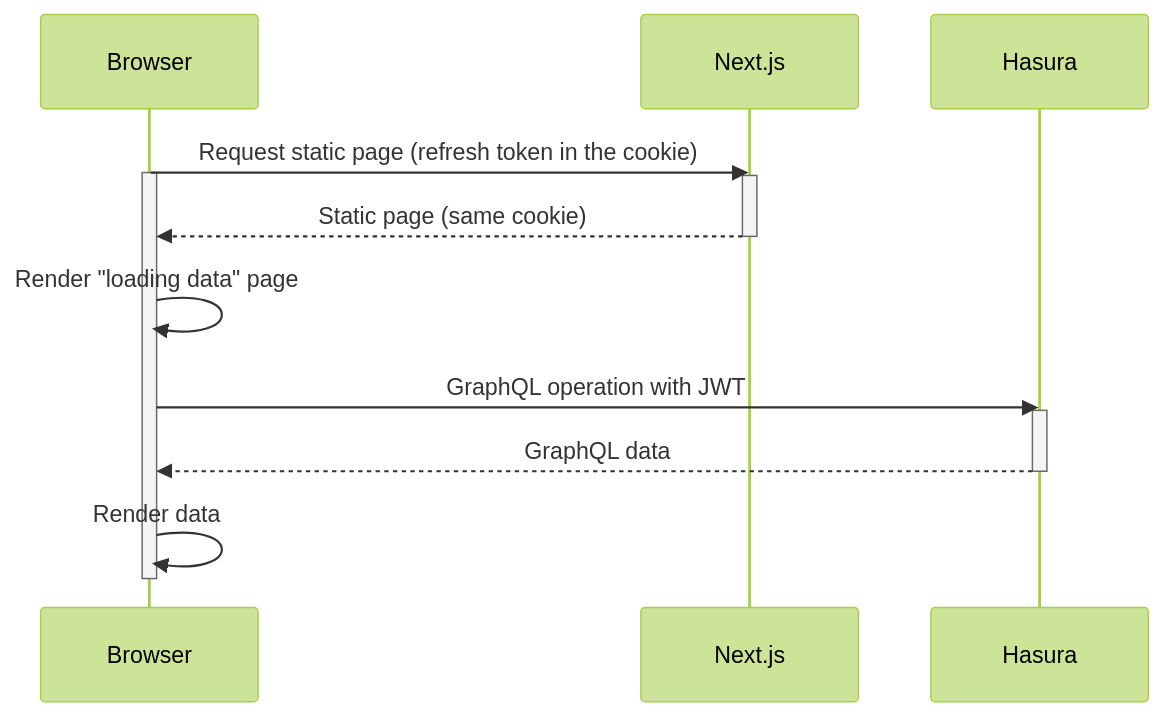
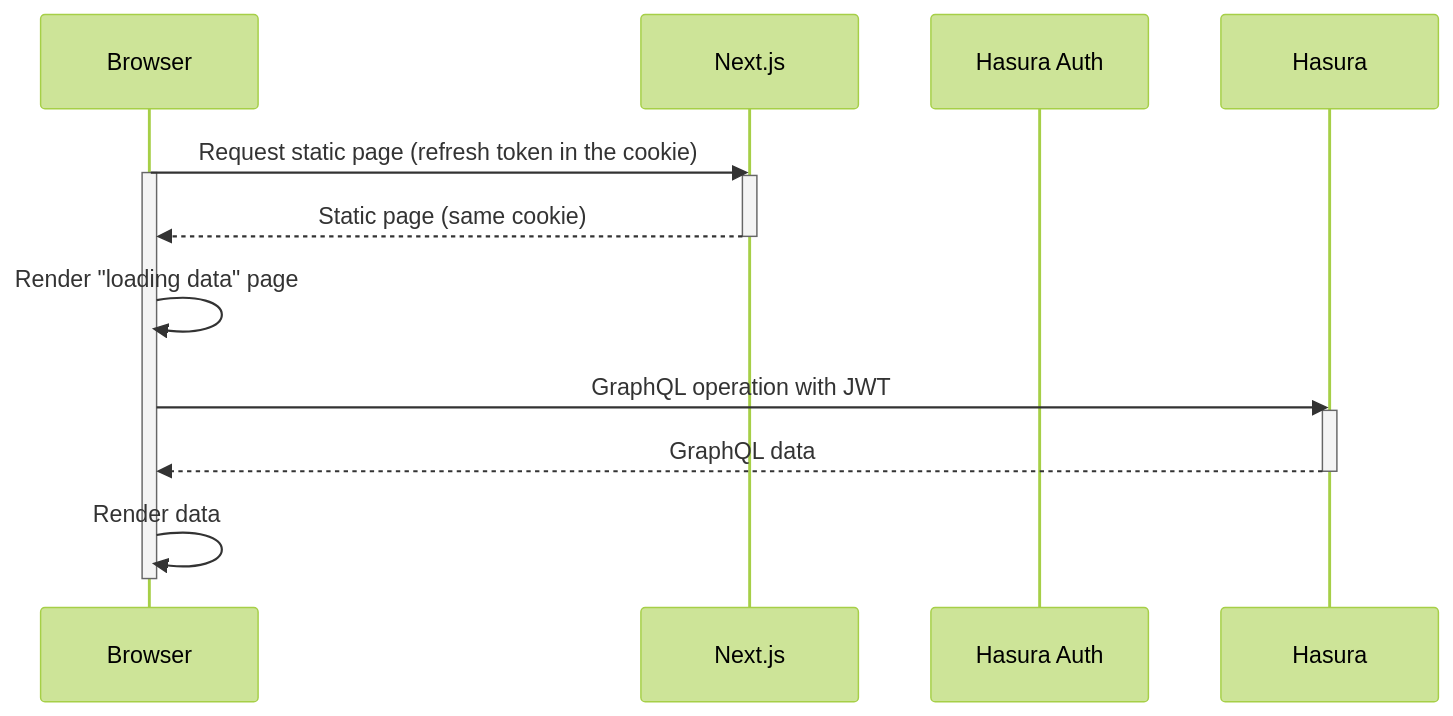
The fourth of 4 diagrams in docs/content/docs/reference/nextjs/index.mdx (nhost/nhost), drawn with Mermaid (forest theme) before and after one commit. The commit also changed other lines of this file, not shown here.

Commit message:
docs: rework on mermaid diagrams

````diff
--- a/docs/content/docs/reference/nextjs/index.mdx
+++ b/docs/content/docs/reference/nextjs/index.mdx
@@ -87,15 +95,19 @@
 ```mermaid
 sequenceDiagram
-    Browser->>Next.js: Request static page (refresh token in the cookie)
-    activate Browser
-    activate Next.js
-    Next.js-->>Browser: Static page (same cookie)
-    deactivate Next.js
-    Browser->>Browser: Render "loading data" page
-    Browser->>Hasura: GraphQL operation with JWT
-    activate Hasura
-    Hasura-->>Browser: GraphQL data
-    deactivate Hasura
-    Browser->>Browser: Render data
-    deactivate Browser
+    participant browser as Browser
+    participant next as Next.js
+    participant auth as Hasura Auth
+    participant hasura as Hasura
+    browser->>next: Request static page (refresh token in the cookie)
+    activate browser
+    activate next
+    next-->>browser: Static page (same cookie)
+    deactivate next
+    browser->>browser: Render "loading data" page
+    browser->>hasura: GraphQL operation with JWT
+    activate hasura
+    hasura-->>browser: GraphQL data
+    deactivate hasura
+    browser->>browser: Render data
+    deactivate browser
 ```
````
